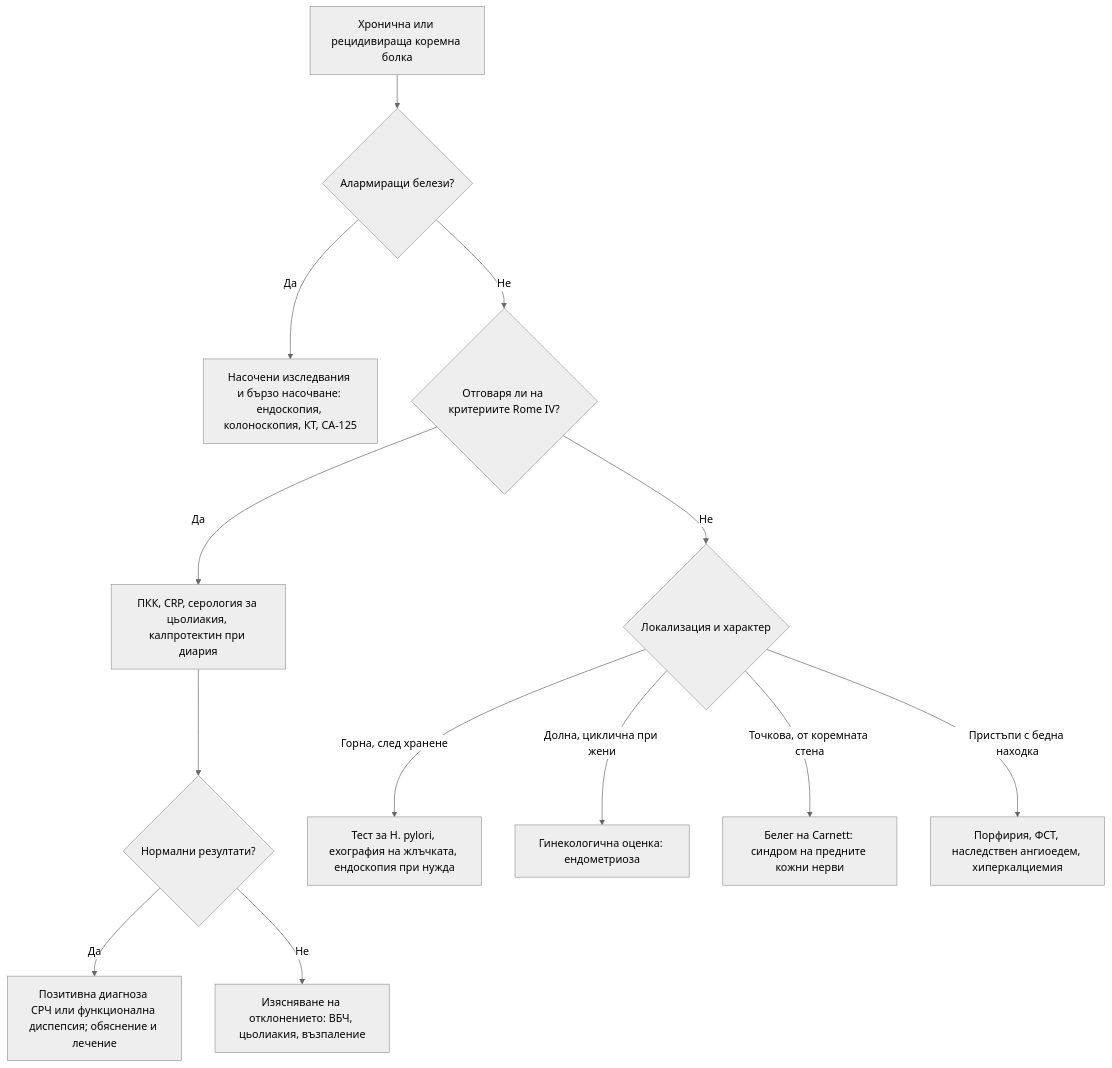
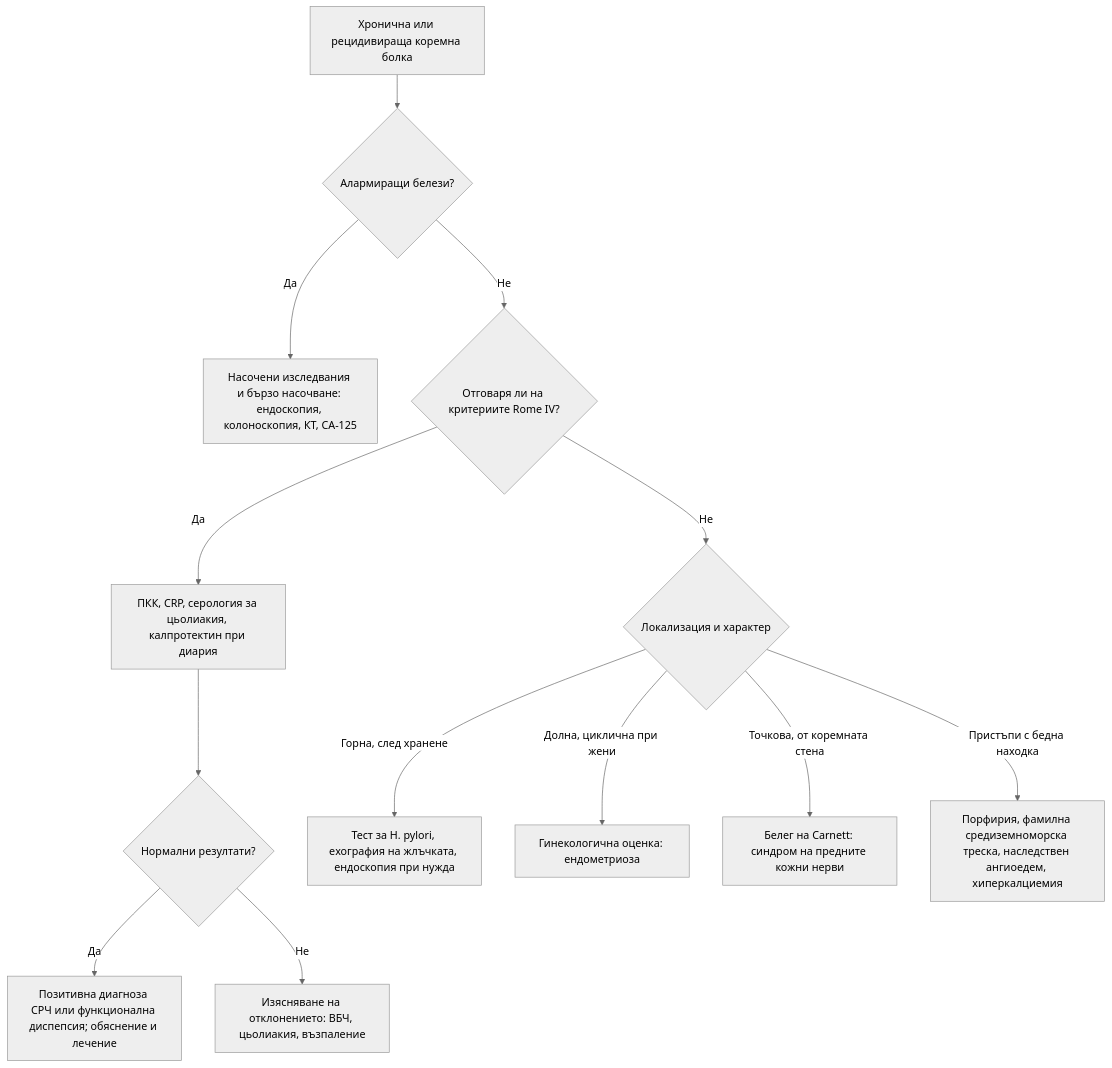
One commit to yancho26/yancho changed the diagram in glavi/20-hronichna-koremna-bolka.md. Above: the diagram before and after it, drawn with Mermaid (neutral theme). The commit also changed other lines of this file and 46 other files, not shown here.

````diff
--- a/glavi/20-hronichna-koremna-bolka.md
+++ b/glavi/20-hronichna-koremna-bolka.md
@@ -141,15 +141,15 @@
 ```mermaid
 flowchart TD
     A["Хронична или рецидивираща коремна болка"] --> B{"Алармиращи белези?"}
     B -->|Да| C["Насочени изследвания и бързо насочване: ендоскопия, колоноскопия, КТ, CA-125"]
     B -->|Не| D{"Отговаря ли на критериите Rome IV?"}
     D -->|Да| E["ПКК, CRP, серология за цьолиакия, калпротектин при диария"]
     E --> F{"Нормални резултати?"}
     F -->|Да| G["Позитивна диагноза СРЧ или функционална диспепсия; обяснение и лечение"]
     F -->|Не| H["Изясняване на отклонението: ВБЧ, цьолиакия, възпаление"]
     D -->|Не| I{"Локализация и характер"}
     I -->|Горна, след хранене| J["Тест за H. pylori, ехография на жлъчката, ендоскопия при нужда"]
     I -->|Долна, циклична при жени| K["Гинекологична оценка: ендометриоза"]
     I -->|Точкова, от коремната стена| L["Белег на Carnett: синдром на предните кожни нерви"]
-    I -->|Пристъпи с бедна находка| M["Порфирия, ФСТ, наследствен ангиоедем, хиперкалциемия"]
+    I -->|Пристъпи с бедна находка| M["Порфирия, фамилна средиземноморска треска, наследствен ангиоедем, хиперкалциемия"]
 ```
````
